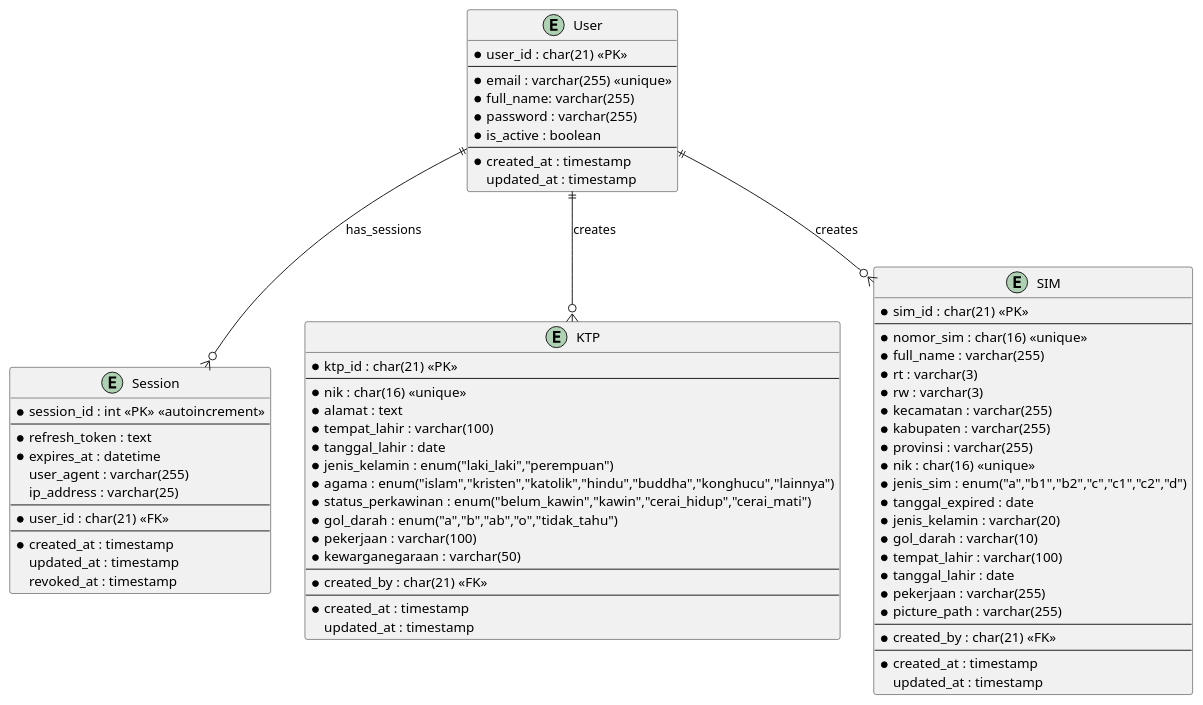
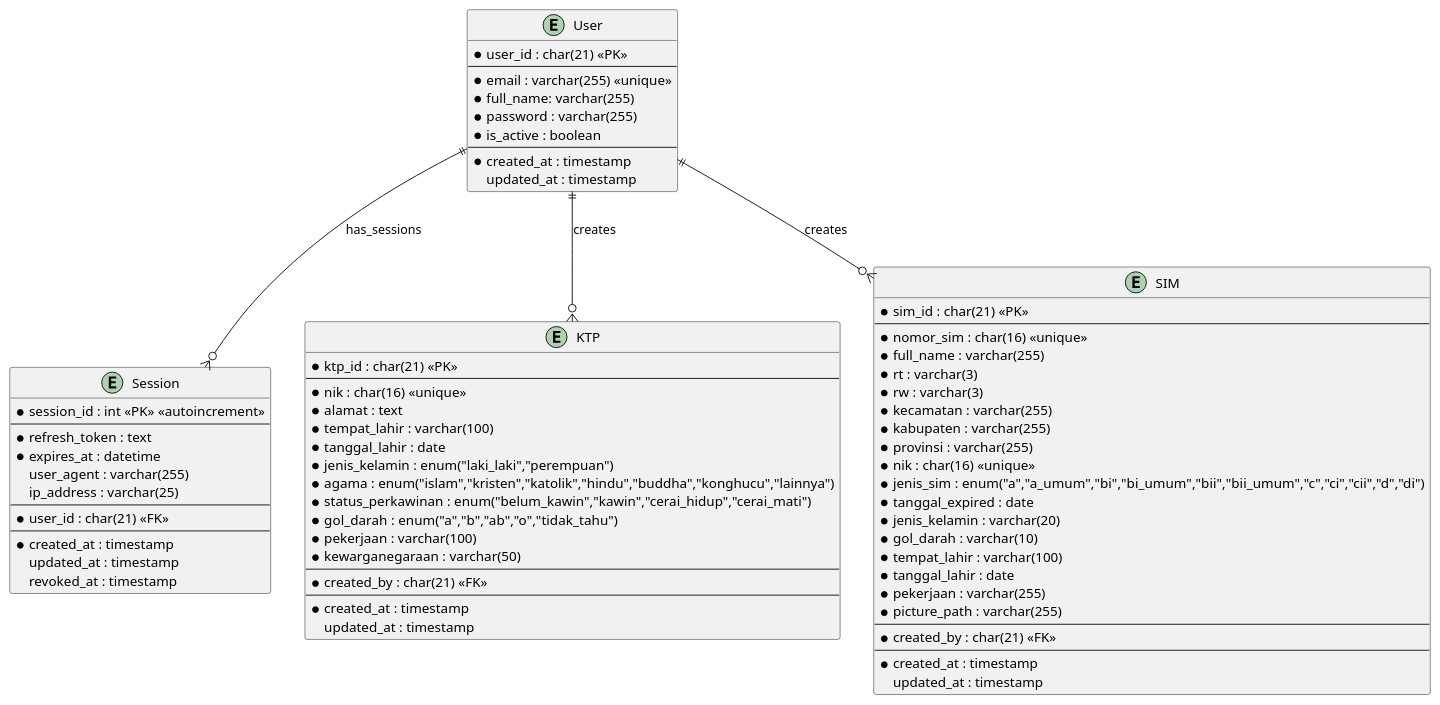
The diagram in docs/erdSim.puml (fauzantaslim/sim-service), drawn with PlantUML before and after one commit. The commit also changed 8 other files, not shown here.

```diff
--- a/docs/erdSim.puml
+++ b/docs/erdSim.puml
@@ -1,79 +1,79 @@
 @startuml
 
   entity User {
     * user_id : char(21) <<PK>>
     --
     * email : varchar(255) <<unique>>
     * full_name: varchar(255) 
     * password : varchar(255)
     * is_active : boolean
     --
     * created_at : timestamp
     updated_at : timestamp
   }
 
   entity Session {
     * session_id : int <<PK>> <<autoincrement>>
     --
     * refresh_token : text
     * expires_at : datetime
     user_agent : varchar(255)
     ip_address : varchar(25)
     --
     * user_id : char(21) <<FK>>
     --
     * created_at : timestamp
     updated_at : timestamp
     revoked_at : timestamp
   }
 
  entity KTP {
     * ktp_id : char(21) <<PK>>
     --
     * nik : char(16) <<unique>>
     * alamat : text
     * tempat_lahir : varchar(100)
     * tanggal_lahir : date
     * jenis_kelamin : enum("laki_laki","perempuan")
     * agama : enum("islam","kristen","katolik","hindu","buddha","konghucu","lainnya")
     * status_perkawinan : enum("belum_kawin","kawin","cerai_hidup","cerai_mati")
     * gol_darah : enum("a","b","ab","o","tidak_tahu")
     * pekerjaan : varchar(100)
     * kewarganegaraan : varchar(50)
     --
     * created_by : char(21) <<FK>>
     --
     * created_at : timestamp
     updated_at : timestamp
   }
 
   entity SIM {
     * sim_id : char(21) <<PK>>
     --
     * nomor_sim : char(16) <<unique>>
     * full_name : varchar(255)
     * rt : varchar(3)
     * rw : varchar(3)
     * kecamatan : varchar(255)
     * kabupaten : varchar(255)
     * provinsi : varchar(255)
     * nik : char(16) <<unique>>
-    * jenis_sim : enum("a","b1","b2","c","c1","c2","d")
+    * jenis_sim : enum("a","a_umum","bi","bi_umum","bii","bii_umum","c","ci","cii","d","di")
     * tanggal_expired : date
     * jenis_kelamin : varchar(20)
     * gol_darah : varchar(10)
     * tempat_lahir : varchar(100)
     * tanggal_lahir : date
     * pekerjaan : varchar(255)
     * picture_path : varchar(255)
     --
     * created_by : char(21) <<FK>>
     --
     * created_at : timestamp
     updated_at : timestamp
   }
 
   User ||--o{ Session : "has_sessions"
   User ||--o{ KTP : "creates"
   User ||--o{ SIM : "creates"
 @enduml
```
